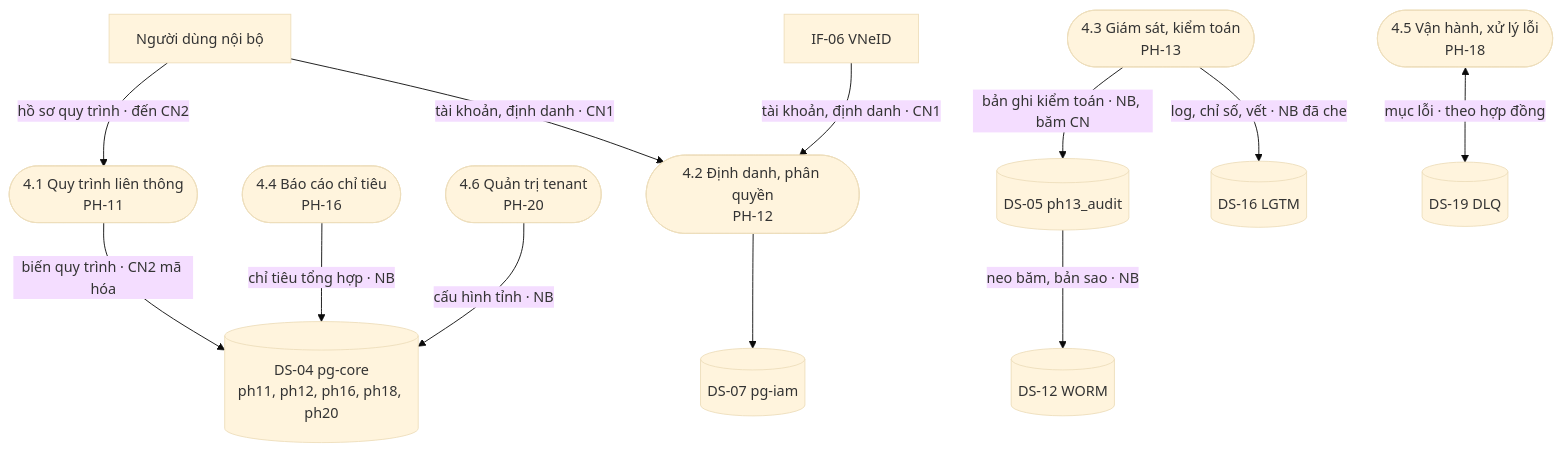
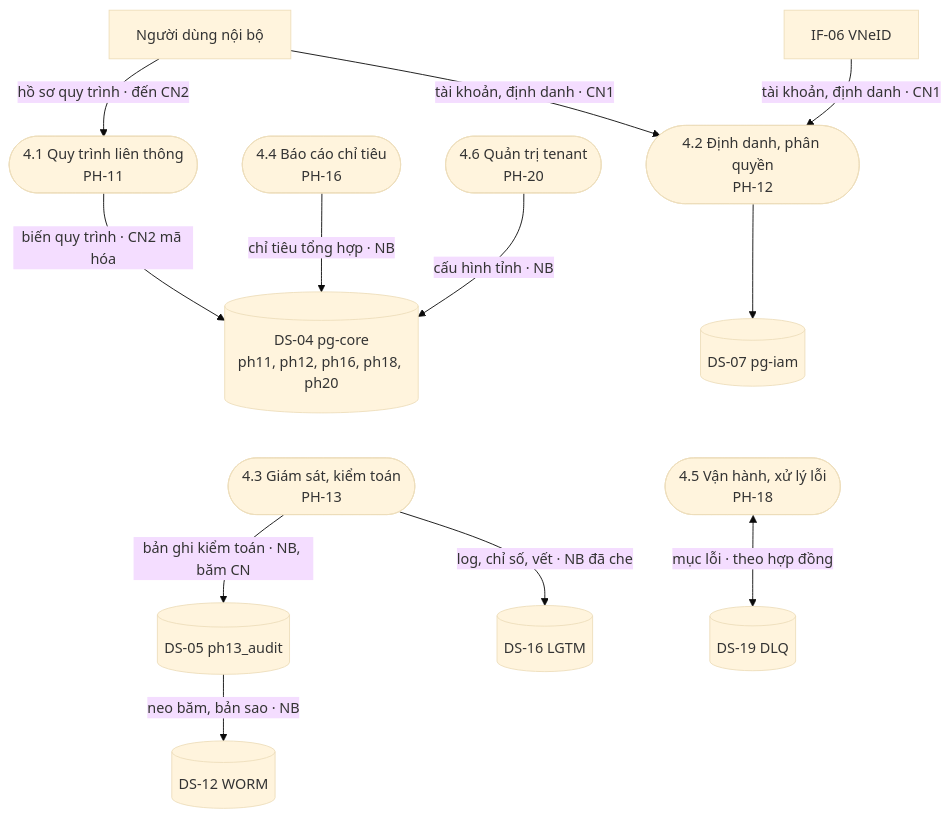
One commit to caprocute/DATAHUB changed the seventh of 17 diagrams in datahub-docs/02-yeu-cau/D02-06-dfd-phan-loai-du-lieu.md. Above: the diagram before and after it, drawn with Mermaid (base theme). The commit also changed other lines of this file and 2 other files, not shown here.

````diff
--- a/datahub-docs/02-yeu-cau/D02-06-dfd-phan-loai-du-lieu.md
+++ b/datahub-docs/02-yeu-cau/D02-06-dfd-phan-loai-du-lieu.md
@@ -394,27 +395,29 @@
 ```{.mermaid caption="DFD mức 1 miền Nền tảng và vận hành"}
 flowchart TB
   ND["Người dùng nội bộ"]
   VN["IF-06 VNeID"]
   P41(["4.1 Quy trình liên thông<br/>PH-11"])
   P42(["4.2 Định danh, phân quyền<br/>PH-12"])
   P43(["4.3 Giám sát, kiểm toán<br/>PH-13"])
   P44(["4.4 Báo cáo chỉ tiêu<br/>PH-16"])
   P45(["4.5 Vận hành, xử lý lỗi<br/>PH-18"])
   P46(["4.6 Quản trị tenant<br/>PH-20"])
   DS04[("DS-04 pg-core<br/>ph11, ph12, ph16, ph18, ph20")]
   DS05[("DS-05 ph13_audit")]
   DS07[("DS-07 pg-iam")]
   DS16[("DS-16 LGTM")]
   DS12[("DS-12 WORM")]
   DS19[("DS-19 DLQ")]
   ND -->|"hồ sơ quy trình · đến CN2"| P41
   P41 -->|"biến quy trình · CN2 mã hóa"| DS04
   ND & VN -->|"tài khoản, định danh · CN1"| P42
   P42 --> DS07
   P43 -->|"bản ghi kiểm toán · NB, băm CN"| DS05
   DS05 -->|"neo băm, bản sao · NB"| DS12
   P43 -->|"log, chỉ số, vết · NB đã che"| DS16
   P44 -->|"chỉ tiêu tổng hợp · NB"| DS04
   P45 <-->|"mục lỗi · theo hợp đồng"| DS19
   P46 -->|"cấu hình tỉnh · NB"| DS04
+  DS04 ~~~ P43
+  DS07 ~~~ P45
 ```
````
